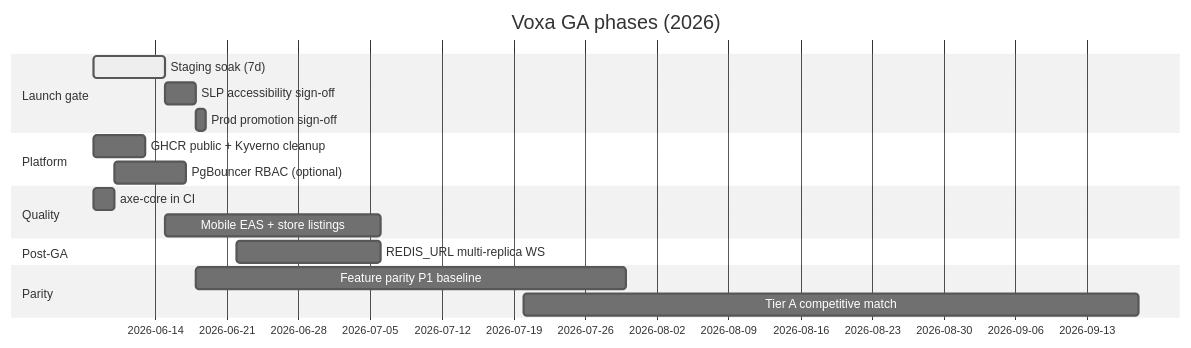
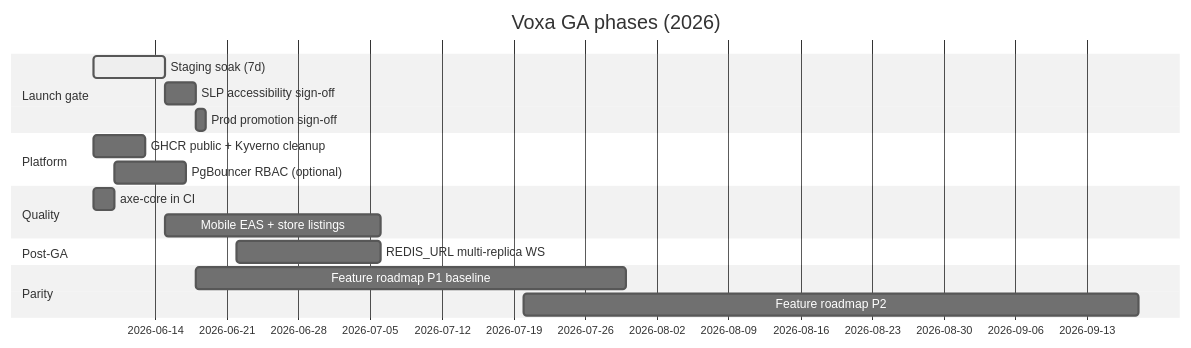
One commit to madfam-org/voxa changed the diagram in docs/launch/GA_ROADMAP.md. Above: the diagram before and after it, drawn with Mermaid (neutral theme). The commit also changed other lines of this file and 52 other files, not shown here.

````diff
--- a/docs/launch/GA_ROADMAP.md
+++ b/docs/launch/GA_ROADMAP.md
@@ -19,20 +21,20 @@
 ```mermaid
 gantt
   title Voxa GA phases (2026)
   dateFormat YYYY-MM-DD
   section Launch gate
   Staging soak (7d)           :active, soak, 2026-06-08, 7d
   SLP accessibility sign-off  :slp, after soak, 3d
   Prod promotion sign-off     :promo, after slp, 1d
   section Platform
   GHCR public + Kyverno cleanup :ghcr, 2026-06-08, 5d
   PgBouncer RBAC (optional)     :pgb, 2026-06-10, 7d
   section Quality
   axe-core in CI                :axe, 2026-06-08, 2d
   Mobile EAS + store listings   :mobile, 2026-06-15, 21d
   section Post-GA
   REDIS_URL multi-replica WS    :redis, 2026-06-22, 14d
   section Parity
-  Feature parity P1 baseline    :parity, 2026-06-18, 42d
-  Tier A competitive match      :parity2, 2026-07-20, 60d
+  Feature roadmap P1 baseline   :parity, 2026-06-18, 42d
+  Feature roadmap P2           :parity2, 2026-07-20, 60d
 ```
````
